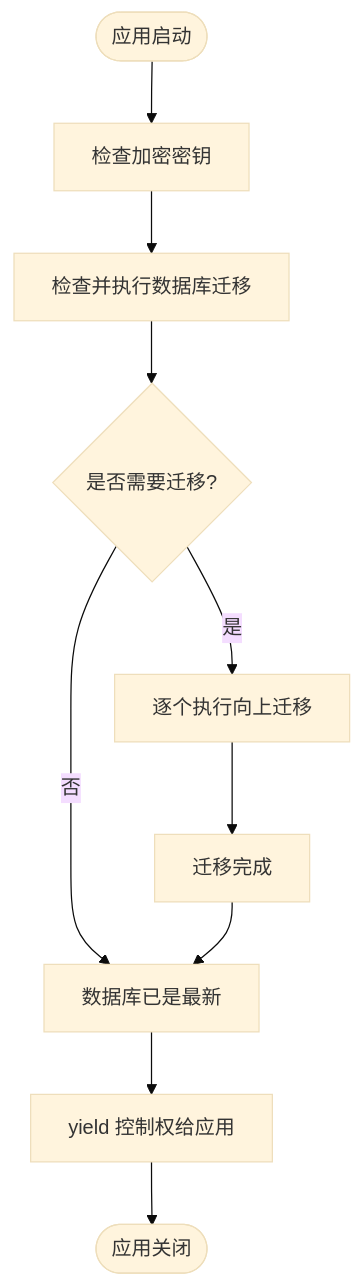
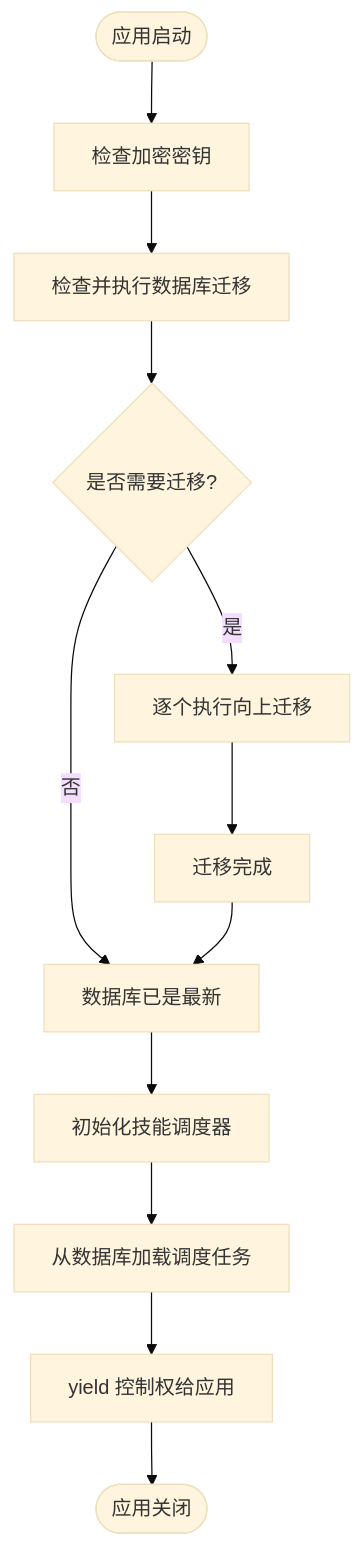
The fourth of 9 diagrams in .qoder/repowiki/zh/content/后端架构/后端架构.md (jackeyunjie/open-notebook), drawn with Mermaid (base theme) before and after one commit. The commit also changed other lines of this file and 24 other files, not shown here.

````diff
--- a/.qoder/repowiki/zh/content/后端架构/后端架构.md
+++ b/.qoder/repowiki/zh/content/后端架构/后端架构.md
@@ -213,12 +264,14 @@
 ```mermaid
 flowchart TD
 Start(["应用启动"]) --> CheckKey["检查加密密钥"]
 CheckKey --> Migrate["检查并执行数据库迁移"]
 Migrate --> Need{"是否需要迁移?"}
 Need --> |是| RunUp["逐个执行向上迁移"]
 Need --> |否| Ready["数据库已是最新"]
 RunUp --> Done["迁移完成"]
 Done --> Ready
-Ready --> Lifeyield["yield 控制权给应用"]
+Ready --> InitSched["初始化技能调度器"]
+InitSched --> LoadDB["从数据库加载调度任务"]
+LoadDB --> Lifeyield["yield 控制权给应用"]
 Lifeyield --> Shutdown(["应用关闭"])
 ```
````
